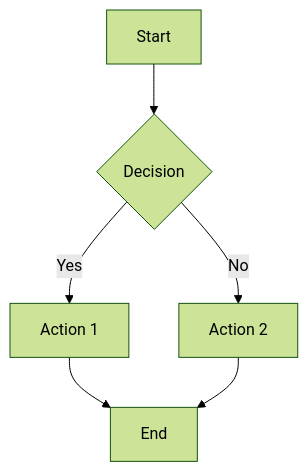
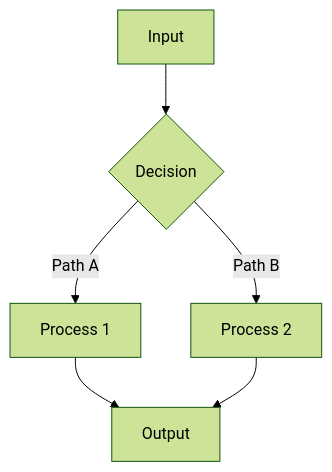
The diagram in presentations/template/slides.md (PlagueHO/plagueho.learn), drawn with Mermaid (forest theme) before and after one commit. The commit also changed other lines of this file and 3884 other files, not shown here.

````diff
--- a/presentations/template/slides.md
+++ b/presentations/template/slides.md
@@ -173,8 +881,8 @@
 ```mermaid {theme: 'neutral', scale: 0.8}
 graph TD
-    A[Start] --> B{Decision}
-    B -->|Yes| C[Action 1]
-    B -->|No| D[Action 2]
-    C --> E[End]
+    A[Input] --> B{Decision}
+    B -->|Path A| C[Process 1]
+    B -->|Path B| D[Process 2]
+    C --> E[Output]
     D --> E
 ```
````
